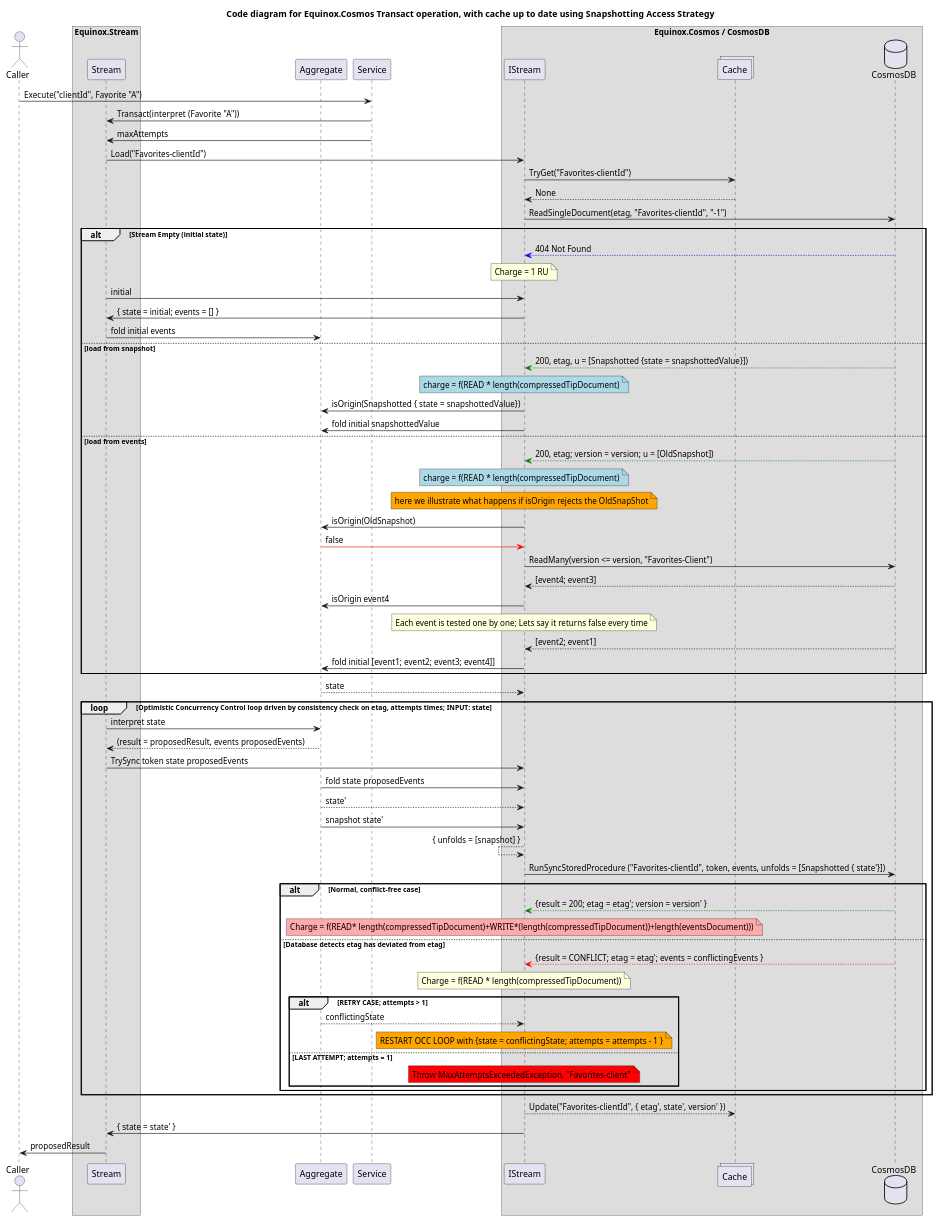
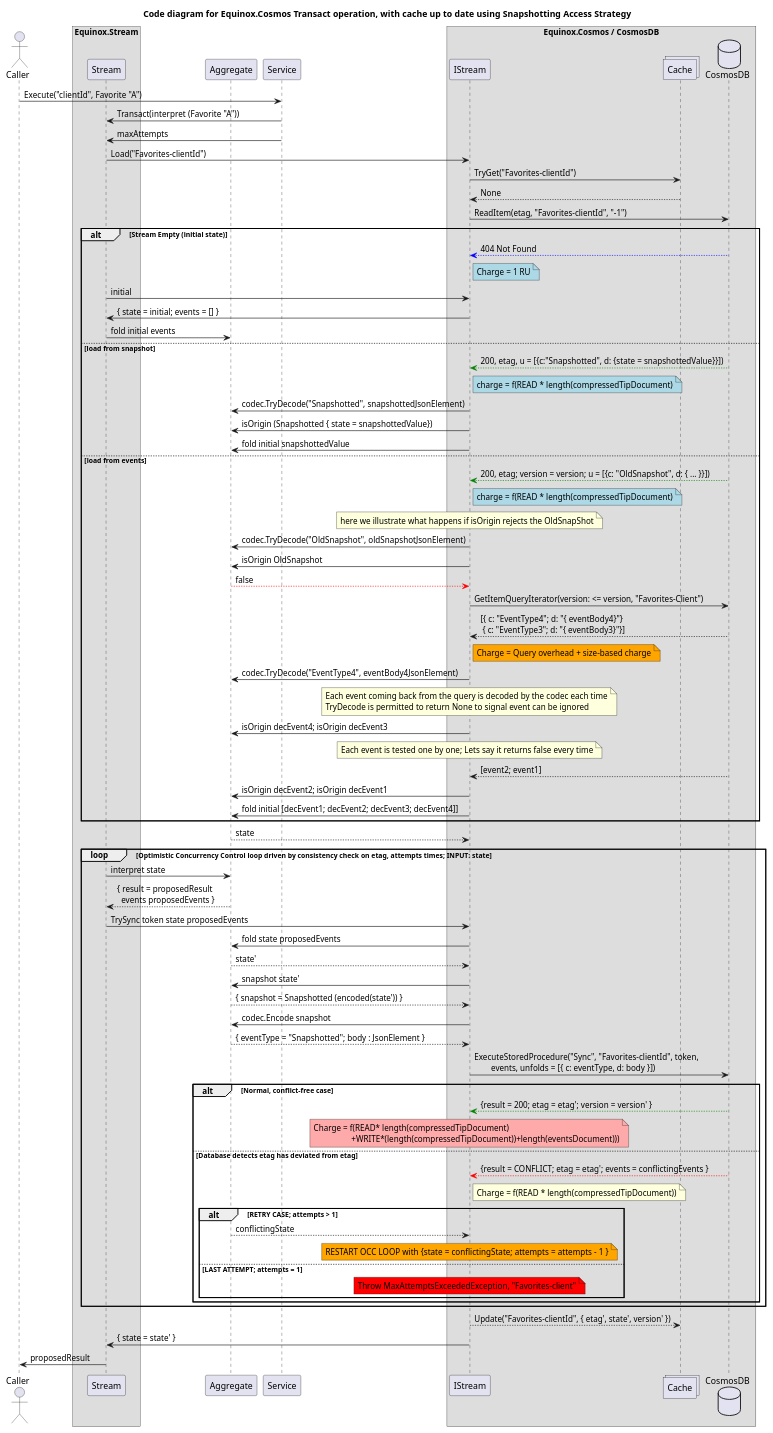
One commit to jet/equinox changed the second of 4 diagrams in diagrams/CosmosCode.puml. Above: the diagram before and after it, drawn with PlantUML. The commit also changed other lines of this file, not shown here.

Commit message:
Cosmos tidying

```diff
--- a/diagrams/CosmosCode.puml
+++ b/diagrams/CosmosCode.puml
@@ -32,74 +32,84 @@
 @startuml
 title Code diagram for Equinox.Cosmos Transact operation, with cache up to date using Snapshotting Access Strategy
 
 actor Caller order 20
 box "Equinox.Stream"
     participant Stream order 40
 end box
 participant Aggregate order 50
 participant Service order 60
 box "Equinox.Cosmos / CosmosDB"
   participant IStream order 80
   collections Cache order 90
   database CosmosDB order 100
 end box
 
 Caller -> Service: Execute("clientId", Favorite "A")
 Service -> Stream: Transact(interpret (Favorite "A"))
 Service -> Stream: maxAttempts
 Stream -> IStream: Load("Favorites-clientId")
 IStream -> Cache: TryGet("Favorites-clientId")
 Cache --> IStream: None
-IStream -> CosmosDB: ReadSingleDocument(etag, "Favorites-clientId", "-1")
+IStream -> CosmosDB: ReadItem(etag, "Favorites-clientId", "-1")
+
 alt Stream Empty (initial state)
 CosmosDB -[#blue]-> IStream: 404 Not Found
-note over IStream: Charge = 1 RU
+note right IStream #lightblue: Charge = 1 RU
 Stream -> IStream: initial
 IStream -> Stream: { state = initial; events = [] }
 Stream -> Aggregate: fold initial events
 else load from snapshot
-CosmosDB -[#green]-> IStream: 200, etag, u = [Snapshotted {state = snapshottedValue}])
-note over IStream #lightblue: charge = f(READ * length(compressedTipDocument)
-IStream -> Aggregate: isOrigin(Snapshotted { state = snapshottedValue})
+CosmosDB -[#green]-> IStream: 200, etag, u = [{c:"Snapshotted", d: {state = snapshottedValue}}])
+note right IStream #lightblue: charge = f(READ * length(compressedTipDocument)
+IStream -> Aggregate: codec.TryDecode("Snapshotted", snapshottedJsonElement)
+IStream -> Aggregate: isOrigin (Snapshotted { state = snapshottedValue})
 IStream -> Aggregate: fold initial snapshottedValue
 else load from events
-CosmosDB -[#green]-> IStream: 200, etag; version = version; u = [OldSnapshot])
-note over IStream #lightblue: charge = f(READ * length(compressedTipDocument)
-note over IStream #orange: here we illustrate what happens if isOrigin rejects the OldSnapShot
-IStream -> Aggregate: isOrigin(OldSnapshot)
-Aggregate -[#red]> IStream: false
-IStream -> CosmosDB: ReadMany(version <= version, "Favorites-Client")
-CosmosDB --> IStream: [event4; event3]
-IStream -> Aggregate: isOrigin event4
+CosmosDB -[#green]-> IStream: 200, etag; version = version; u = [{c: "OldSnapshot", d: { ... }}])
+note right IStream #lightblue: charge = f(READ * length(compressedTipDocument)
+note over IStream: here we illustrate what happens if isOrigin rejects the OldSnapShot
+IStream -> Aggregate: codec.TryDecode("OldSnapshot", oldSnapshotJsonElement)
+IStream -> Aggregate: isOrigin OldSnapshot
+Aggregate --[#red]> IStream: false
+IStream -> CosmosDB: GetItemQueryIterator(version: <= version, "Favorites-Client")
+CosmosDB --> IStream: [{ c: "EventType4"; d: "{ eventBody4}"}\n { c: "EventType3"; d: "{ eventBody3}"}]
+note right IStream #orange: Charge = Query overhead + size-based charge
+IStream -> Aggregate: codec.TryDecode("EventType4", eventBody4JsonElement)
+note over IStream: Each event coming back from the query is decoded by the codec each time\nTryDecode is permitted to return None to signal event can be ignored
+IStream -> Aggregate: isOrigin decEvent4; isOrigin decEvent3
 note over IStream: Each event is tested one by one; Lets say it returns false every time
 CosmosDB --> IStream: [event2; event1] 
-IStream -> Aggregate: fold initial [event1; event2; event3; event4]]
+IStream -> Aggregate: isOrigin decEvent2; isOrigin decEvent1
+IStream -> Aggregate: fold initial [decEvent1; decEvent2; decEvent3; decEvent4]]
 end // initial stream load cases
 Aggregate --> IStream: state
+
 loop Optimistic Concurrency Control loop driven by consistency check on etag, attempts times; INPUT: state
 Stream -> Aggregate: interpret state
-Aggregate --> Stream: (result = proposedResult, events proposedEvents)
+Aggregate --> Stream: { result = proposedResult\n  events proposedEvents }
 Stream -> IStream: TrySync token state proposedEvents
-IStream <- Aggregate: fold state proposedEvents
+IStream -> Aggregate: fold state proposedEvents
 Aggregate --> IStream: state'
-IStream <- Aggregate: snapshot state'
-IStream <-- IStream: { unfolds = [snapshot] }
-IStream -> CosmosDB: RunSyncStoredProcedure ("Favorites-clientId", token, events, unfolds = [Snapshotted { state'}])
+IStream -> Aggregate: snapshot state'
+Aggregate --> IStream: { snapshot = Snapshotted (encoded(state')) }
+IStream -> Aggregate: codec.Encode snapshot
+Aggregate --> IStream: { eventType = "Snapshotted"; body : JsonElement }
+IStream -> CosmosDB: ExecuteStoredProcedure("Sync", "Favorites-clientId", token,\n        events, unfolds = [{ c: eventType, d: body }])
 alt Normal, conflict-free case
 CosmosDB -[#green]-> IStream: {result = 200; etag = etag'; version = version' }
-note over IStream #FFAAAA: Charge = f(READ* length(compressedTipDocument)+WRITE*(length(compressedTipDocument))+length(eventsDocument)))
+note over IStream #FFAAAA: Charge = f(READ* length(compressedTipDocument)\n                  +WRITE*(length(compressedTipDocument))+length(eventsDocument)))
 else Database detects etag has deviated from etag 
 CosmosDB -[#red]-> IStream: {result = CONFLICT; etag = etag'; events = conflictingEvents }
-note over IStream: Charge = f(READ * length(compressedTipDocument))
+note right IStream: Charge = f(READ * length(compressedTipDocument))
 alt RETRY CASE; attempts > 1
 Aggregate --> IStream: conflictingState
 note over IStream #orange: RESTART OCC LOOP with {state = conflictingState; attempts = attempts - 1 }
 else LAST ATTEMPT; attempts = 1
 note over IStream #red: Throw MaxAttemptsExceededException, "Favorites-client"
 end // alt throw
 end // alt ok or conflict
 end // loop
 IStream --> Cache: Update("Favorites-clientId", { etag', state', version' })
 IStream -> Stream: { state = state' }
 Stream -> Caller: proposedResult
 @enduml
```
